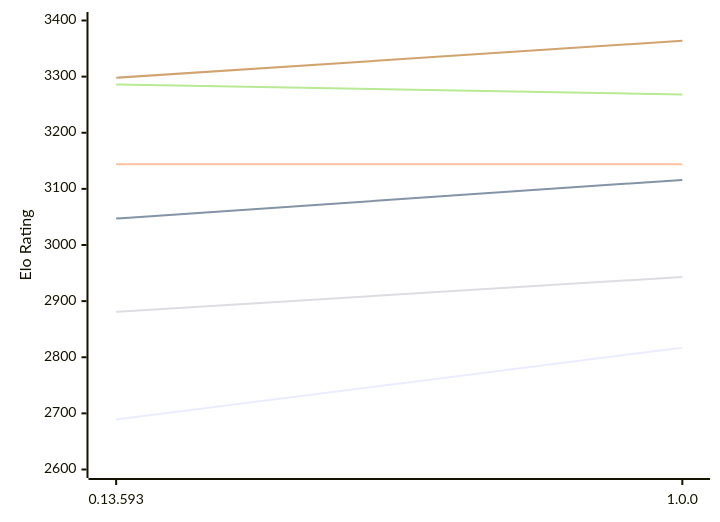
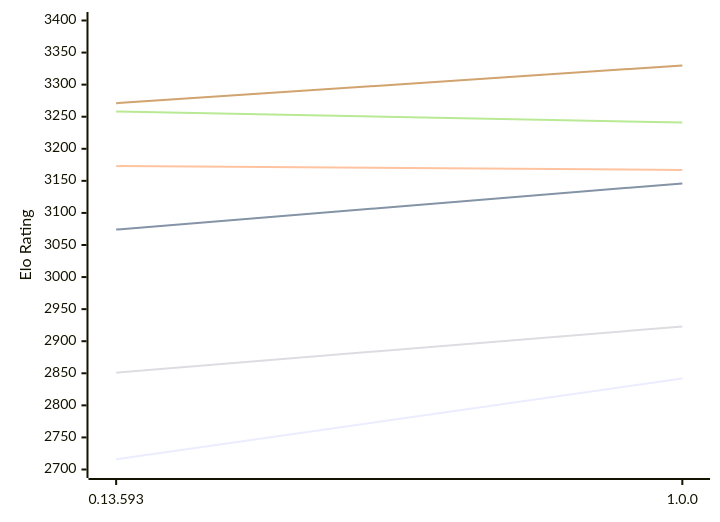
The diagram in engines/Pawnstar.md (computer-chess-index/cci), drawn with Mermaid before and after one commit. The commit also changed other lines of this file, not shown here.

Commit message:
Update CCI Ratings (ELO VLTC) - 2026-10-19

````diff
--- a/engines/Pawnstar.md
+++ b/engines/Pawnstar.md
@@ -49,12 +49,12 @@
 ```mermaid
 %%{init: {"theme":"base","themeVariables":{"seriesColors:['#a3a3a3','#222221','#faa371']}}}%%
 xychart-beta
   x-axis ["0.13.593", "1.0.0"]
-  y-axis "Elo Rating" 2600 --> 3400
-  line "E1: STC (8.0+0.08s)" [2689, 2817]
-  line "E1: LTC (60.0+0.60s)" [3047, 3116]
-  line "E1: VLTC (2m24s+1.12s)" [3144, 3144]
-  line "P1: STC (8.0+0.08s)" [2881, 2943]
-  line "P1: LTC (60.0+0.60s)" [3286, 3268]
-  line "P1: VLTC (2m24s+1.12s)" [3298, 3364]
+  y-axis "Elo Rating" 2700 --> 3400
+  line "E1: STC (8.0+0.08s)" [2716, 2842]
+  line "E1: LTC (60.0+0.60s)" [3074, 3146]
+  line "E1: VLTC (2m24s+1.12s)" [3173, 3167]
+  line "P1: STC (8.0+0.08s)" [2851, 2923]
+  line "P1: LTC (60.0+0.60s)" [3258, 3241]
+  line "P1: VLTC (2m24s+1.12s)" [3271, 3330]
 ```
````
